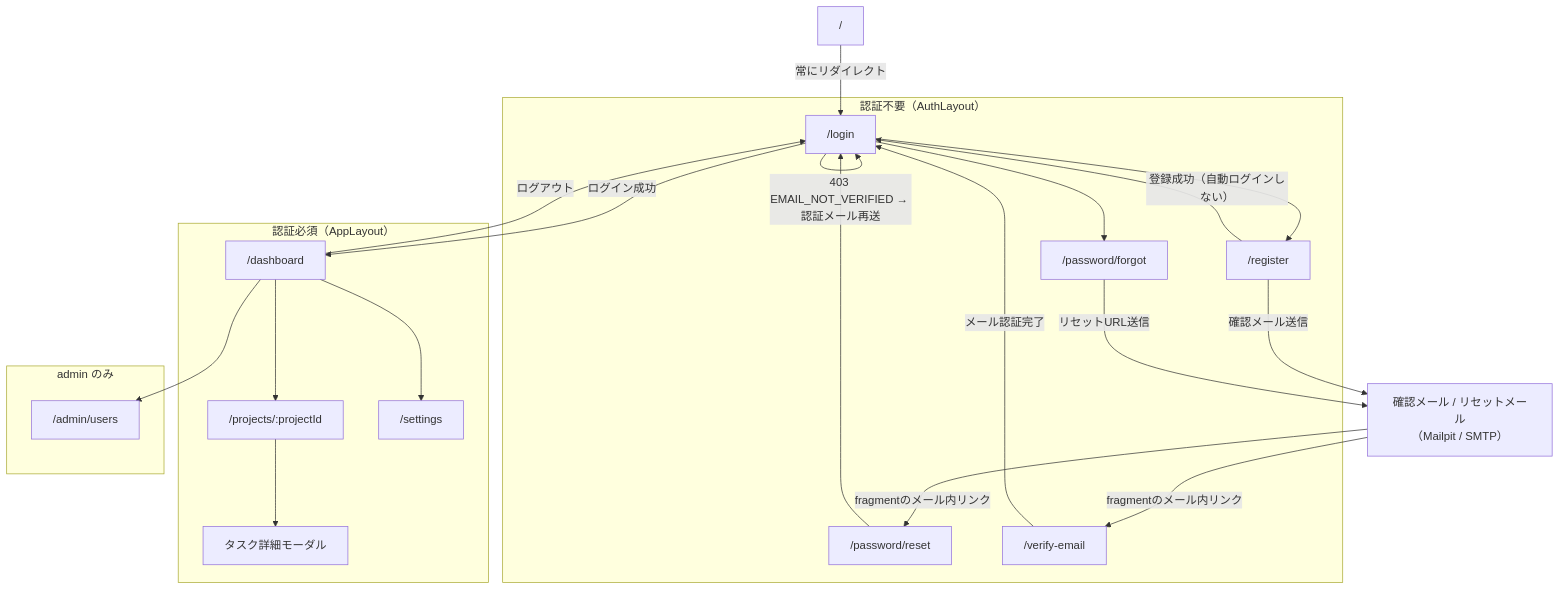
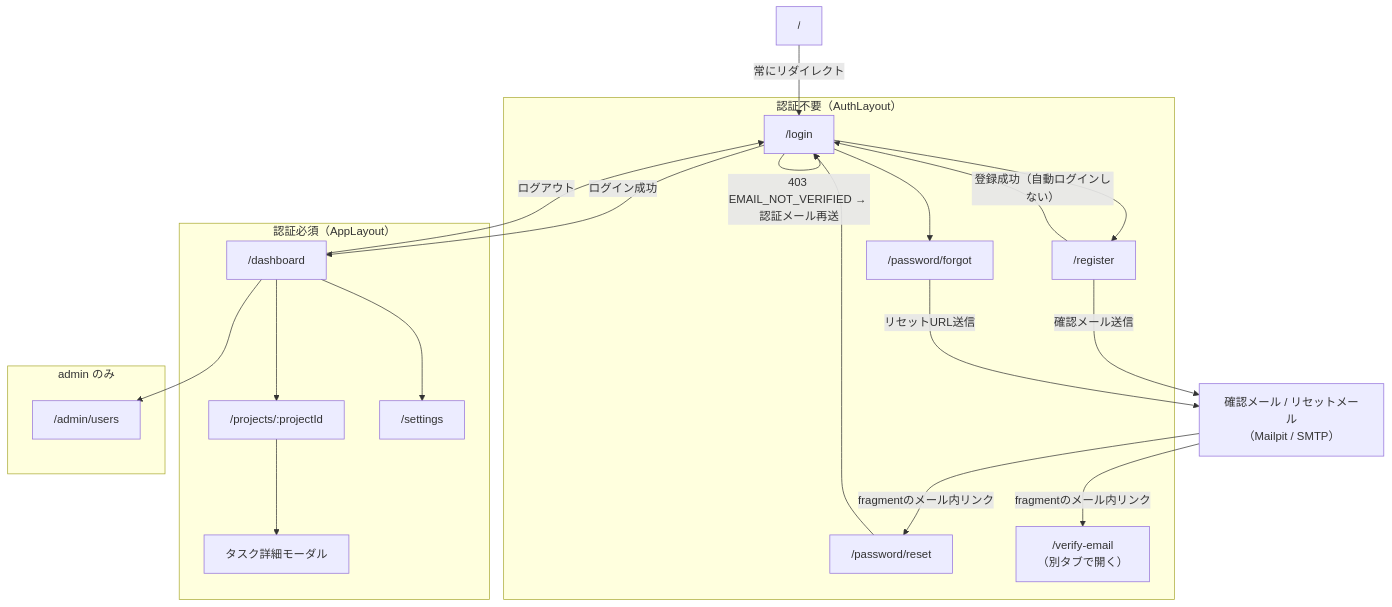
One commit to oikawa-d/task_management changed the first of 7 diagrams in basic_design/05_frontend.md. Above: the diagram before and after it, drawn with Mermaid. The commit also changed other lines of this file and 29 other files, not shown here.

````diff
--- a/basic_design/05_frontend.md
+++ b/basic_design/05_frontend.md
@@ -77,39 +77,38 @@
 ```mermaid
 flowchart TB
     subgraph public["認証不要（AuthLayout）"]
         L["/login"]
         R["/register"]
         PF["/password/forgot"]
         PR["/password/reset"]
-        VE["/verify-email"]
+        VE["/verify-email<br/>（別タブで開く）"]
     end
     ROOT["/"]
     subgraph private["認証必須（AppLayout）"]
         D["/dashboard"]
         B["/projects/:projectId"]
         T["タスク詳細モーダル"]
         S["/settings"]
     end
     subgraph adminonly["admin のみ"]
         AU["/admin/users"]
     end
     MAIL["確認メール / リセットメール<br/>（Mailpit / SMTP）"]
 
     ROOT -->|"常にリダイレクト"| L
     L -->|"ログイン成功"| D
     L --> R
     L --> PF
     PR --> L
     R -->|"登録成功（自動ログインしない）"| L
     R -->|"確認メール送信"| MAIL
     MAIL -->|"fragmentのメール内リンク"| VE
     PF -->|"リセットURL送信"| MAIL
     MAIL -->|"fragmentのメール内リンク"| PR
-    VE -->|"メール認証完了"| L
     L -->|"403 EMAIL_NOT_VERIFIED → 認証メール再送"| L
     D --> B
     B --> T
     D --> S
     D --> AU
     D -->|ログアウト| L
 ```
````
